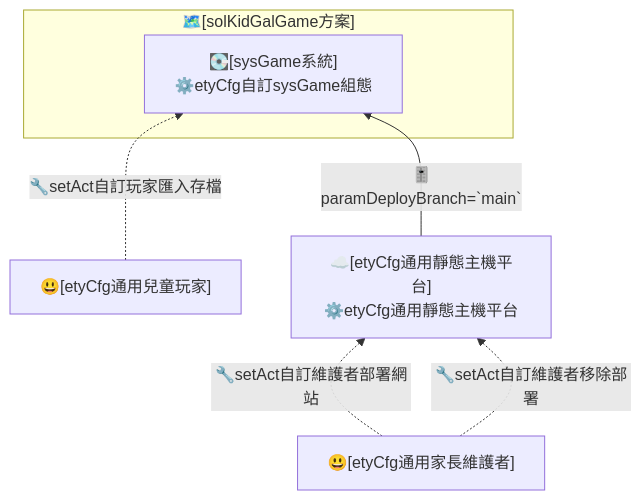
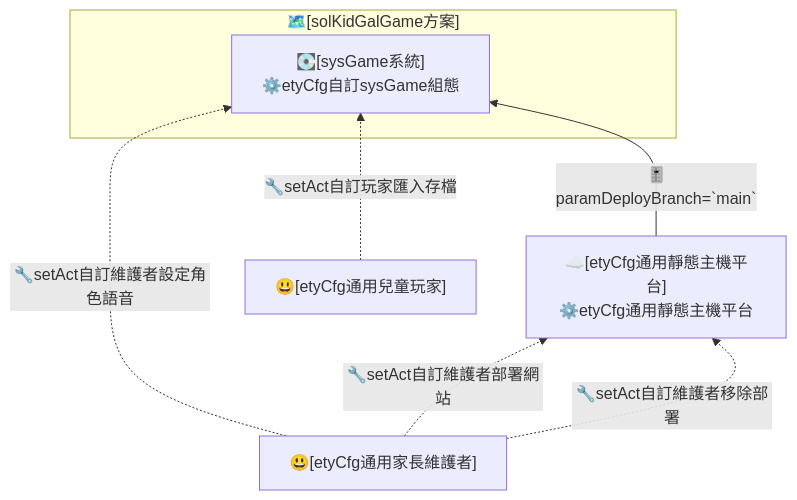
One commit to twStellerWhale-Ocean2/solKidGalGame1 changed the second of 8 diagrams in docs/design.md. Above: the diagram before and after it, drawn with Mermaid. The commit also changed other lines of this file and 17 other files, not shown here.

````diff
--- a/docs/design.md
+++ b/docs/design.md
@@ -53,18 +53,19 @@
 ```mermaid
 flowchart BT
 
 USR["😃[etyCfg通用兒童玩家]"]
 ADM["😃[etyCfg通用家長維護者]"]
 HOST["☁️[etyCfg通用靜態主機平台]
 ⚙️etyCfg通用靜態主機平台"]
 
 subgraph SOL["🗺️[solKidGalGame方案]"]
   SYS["💽[sysGame系統]
 ⚙️etyCfg自訂sysGame組態"]
 end
 
 ADM -.->|"🔧setAct自訂維護者部署網站"| HOST
 ADM -.->|"🔧setAct自訂維護者移除部署"| HOST
+ADM -.->|"🔧setAct自訂維護者設定角色語音"| SYS
 USR -.->|"🔧setAct自訂玩家匯入存檔"| SYS
 HOST -->|"🎚️paramDeployBranch=`main`"| SYS
 ```
````
